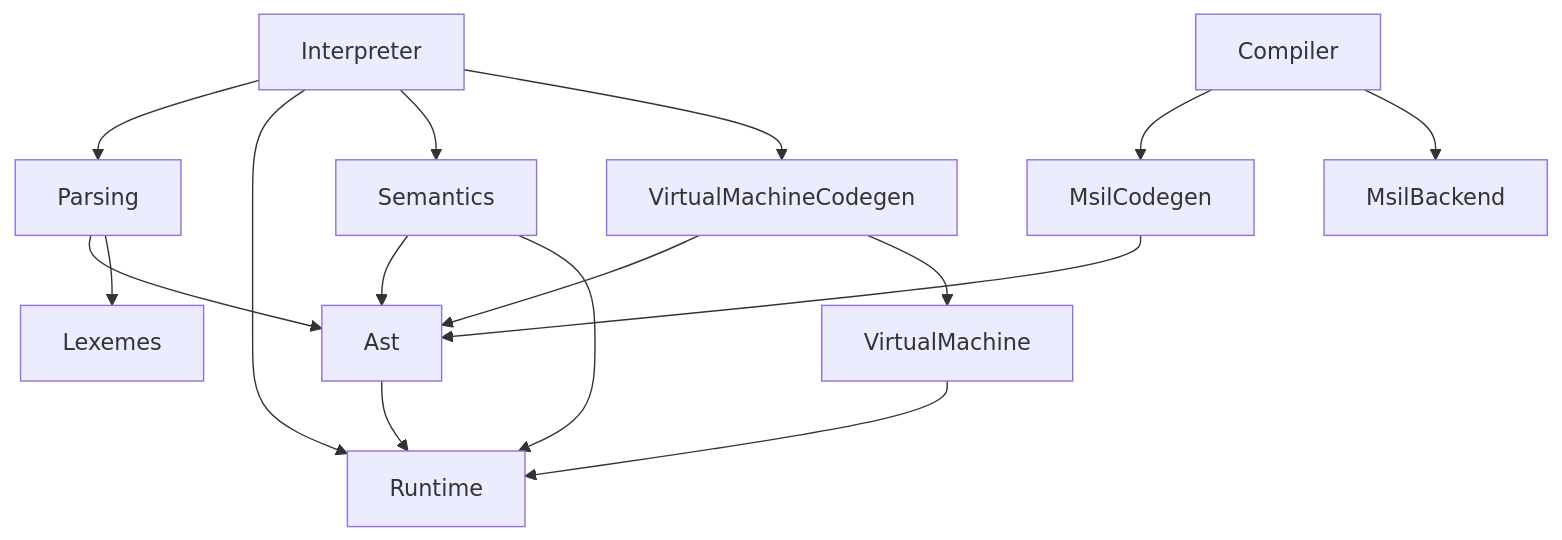
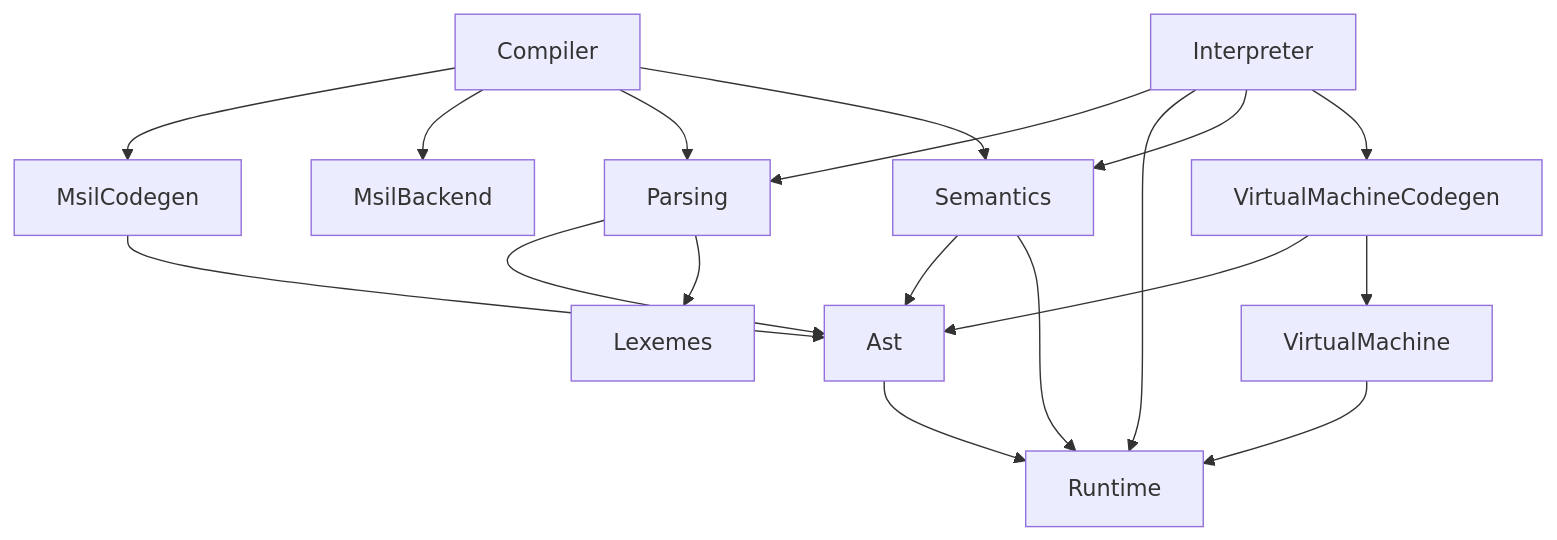
Before and after one commit to MrSuIR/pstiger: the diagram in README.md, drawn with Mermaid.

Commit message:
Исправил mermaid-диаграмму модулей в README

````diff
--- a/README.md
+++ b/README.md
@@ -174,29 +174,31 @@
 ```mermaid
 graph TD
     Ast["Ast"]
     Interpreter["Interpreter"]
     Lexemes["Lexemes"]
     Parsing["Parsing"]
     Runtime["Runtime"]
     Semantics["Semantics"]
     VirtualMachine["VirtualMachine"]
     VirtualMachineCodegen["VirtualMachineCodegen"]
     MsilCodegen["MsilCodegen"]
     MsilBackend["MsilBackend"]
     Compiler["Compiler"]
     Ast --> Runtime
     Interpreter --> Parsing
     Interpreter --> Runtime
     Interpreter --> Semantics
     Interpreter --> VirtualMachineCodegen
     Parsing --> Ast
     Parsing --> Lexemes
     Semantics --> Ast
     Semantics --> Runtime
     VirtualMachine --> Runtime
     VirtualMachineCodegen --> Ast
     VirtualMachineCodegen --> VirtualMachine
     MsilCodegen --> Ast
     Compiler --> MsilCodegen
     Compiler --> MsilBackend
+    Compiler --> Parsing
+    Compiler --> Semantics
 ```
````
